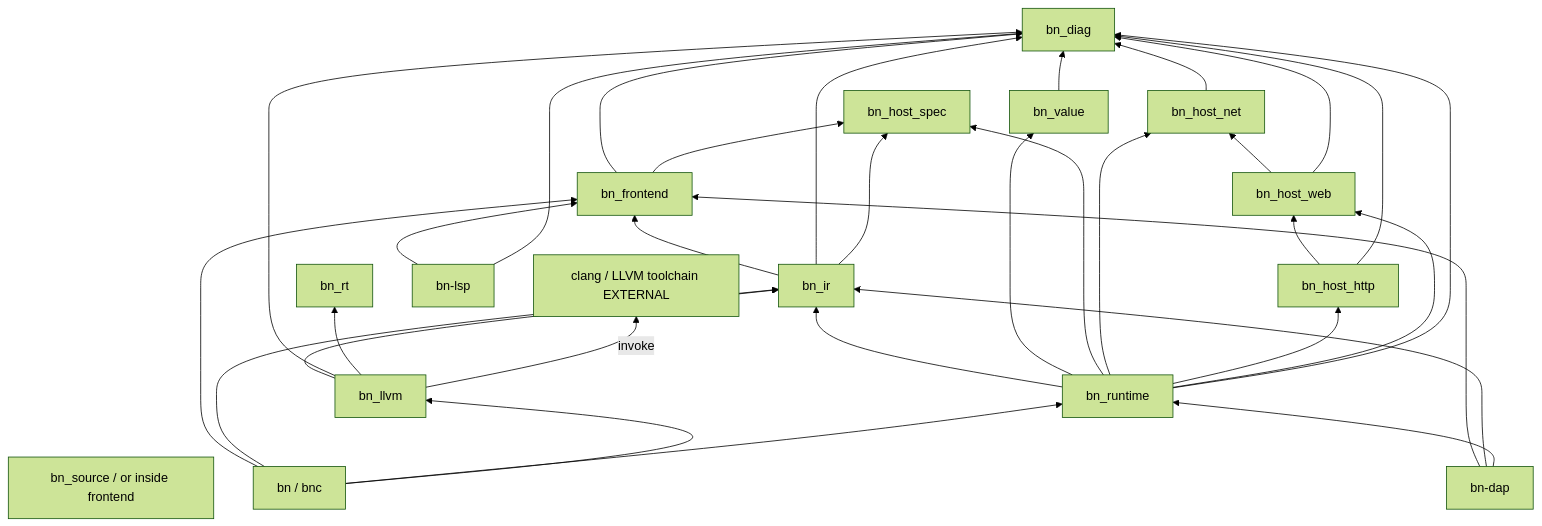
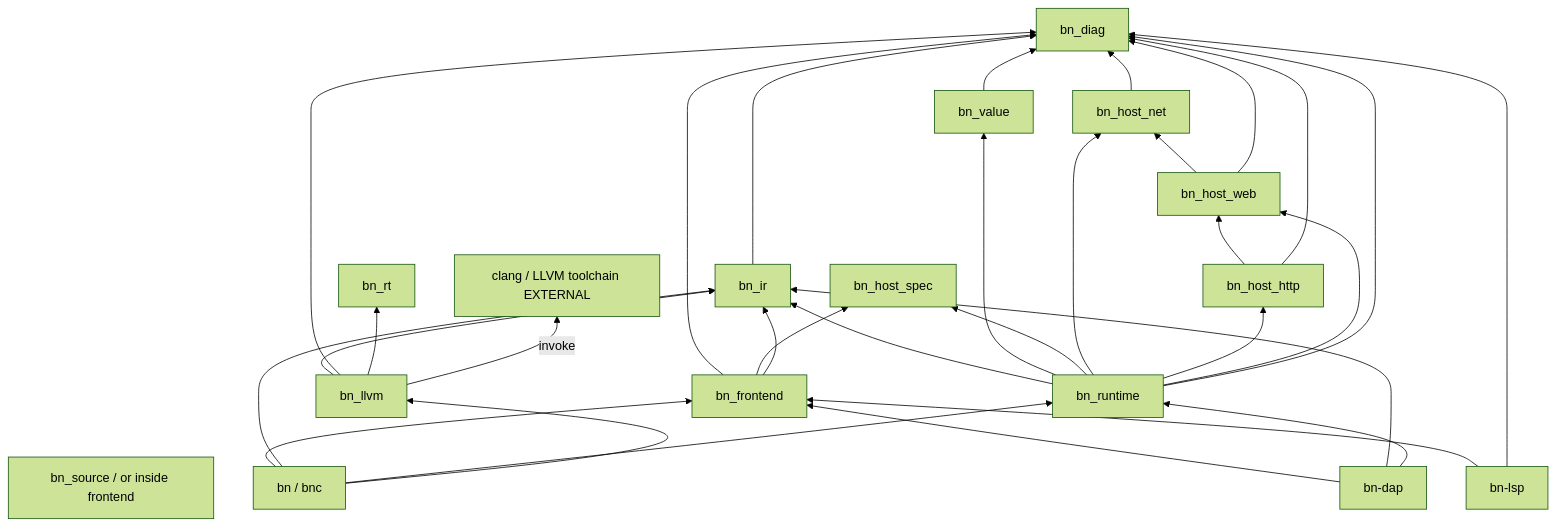
One commit to cquintella/BasicNext changed the eighth of 10 diagrams in docs/architecture/target-architecture.md. Above: the diagram before and after it, drawn with Mermaid (forest theme). The commit also changed other lines of this file and 88 other files, not shown here.

````diff
--- a/docs/architecture/target-architecture.md
+++ b/docs/architecture/target-architecture.md
@@ -214,51 +214,50 @@
 ```mermaid
 flowchart BT
   DIAG[bn_diag]
   VAL[bn_value]
   SRC[bn_source / or inside frontend]
   SPEC[bn_host_spec]
   FE[bn_frontend]
   IR[bn_ir]
   NET[bn_host_net]
   HTTP[bn_host_http]
   WEB[bn_host_web]
   RT[bn_runtime]
   LLVM[bn_llvm]
   BNRT[bn_rt]
   CLI[bn / bnc]
   LSP[bn-lsp]
   DAP[bn-dap]
   EXT["clang / LLVM toolchain EXTERNAL"]
 
   FE --> DIAG
   FE --> SPEC
-  IR --> FE
+  FE --> IR
   IR --> DIAG
-  IR --> SPEC
   VAL --> DIAG
   NET --> DIAG
   WEB --> NET
   WEB --> DIAG
   HTTP --> WEB
   HTTP --> DIAG
   RT --> IR
   RT --> VAL
   RT --> SPEC
   RT --> NET
   RT --> HTTP
   RT --> WEB
   RT --> DIAG
   LLVM --> IR
   LLVM --> DIAG
   LLVM --> BNRT
   LLVM -->|invoke| EXT
   CLI --> FE
   CLI --> IR
   CLI --> RT
   CLI --> LLVM
   LSP --> FE
   LSP --> DIAG
   DAP --> FE
   DAP --> IR
   DAP --> RT
 ```
````
